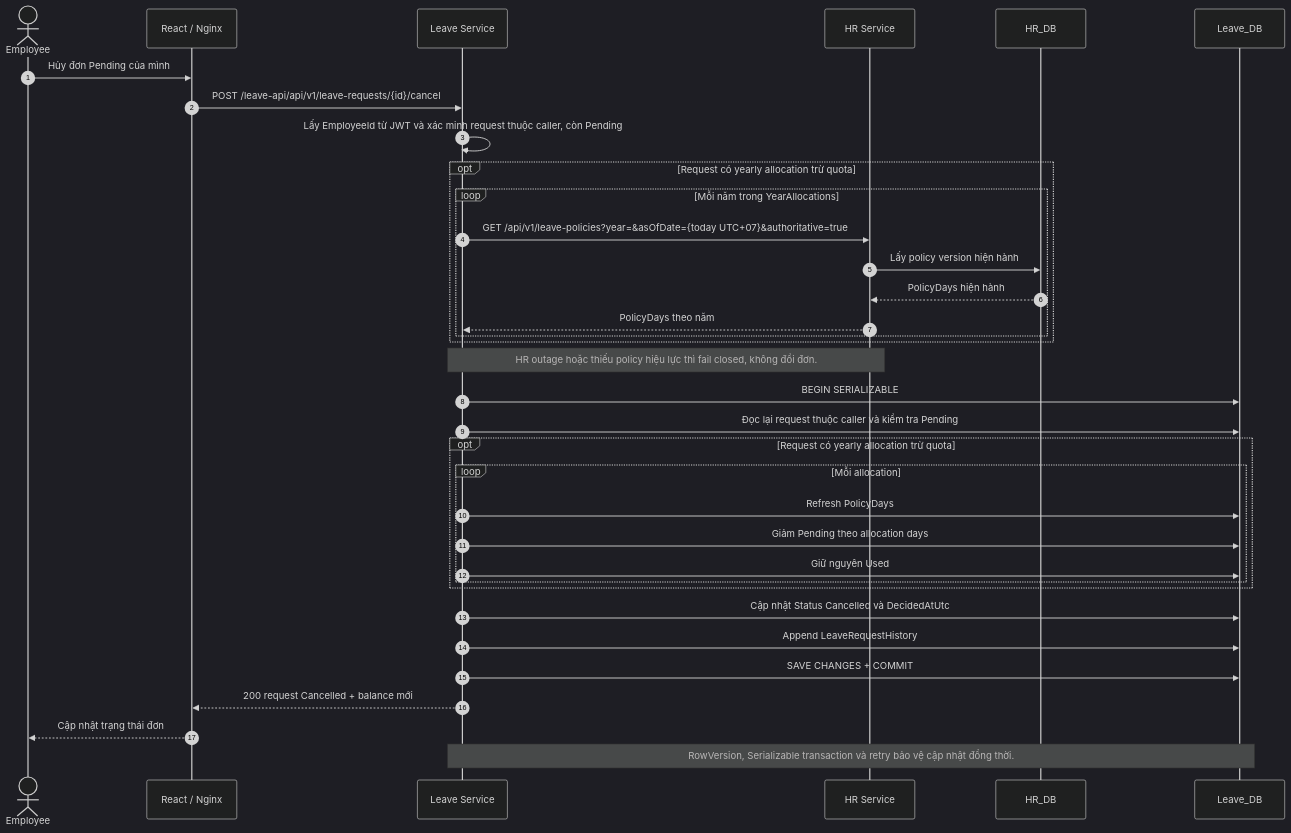
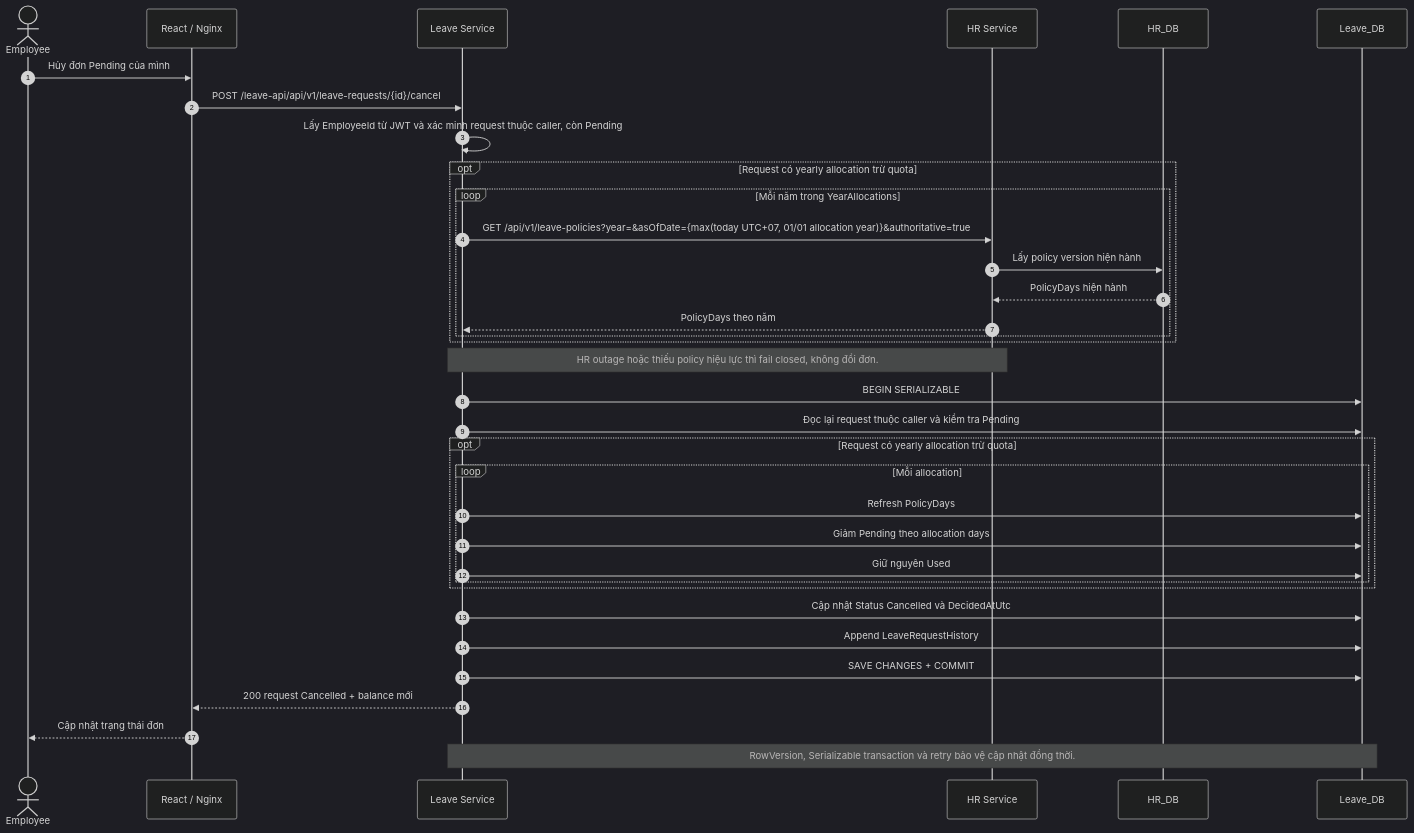
Before and after one commit to OlYVER1337/hr-leave-management: the diagram in docs/architecture/diagrams/mermaid/seq-cancel-leave.mmd, drawn with Mermaid (dark theme).

Commit message:
Làm rõ mốc ngày chọn policy version trong sequence

```diff
--- a/docs/architecture/diagrams/mermaid/seq-cancel-leave.mmd
+++ b/docs/architecture/diagrams/mermaid/seq-cancel-leave.mmd
@@ -1,37 +1,37 @@
 sequenceDiagram
   autonumber
   actor E as Employee
   participant W as React / Nginx
   participant LV as Leave Service
   participant HR as HR Service
   participant HDB as HR_DB
   participant LDB as Leave_DB
 
   E->>W: Hủy đơn Pending của mình
   W->>LV: POST /leave-api/api/v1/leave-requests/{id}/cancel
   LV->>LV: Lấy EmployeeId từ JWT và xác minh request thuộc caller, còn Pending
   opt Request có yearly allocation trừ quota
     loop Mỗi năm trong YearAllocations
-      LV->>HR: GET /api/v1/leave-policies?year=&asOfDate={today UTC+07}&authoritative=true
+      LV->>HR: GET /api/v1/leave-policies?year=&asOfDate={max(today UTC+07, 01/01 allocation year)}&authoritative=true
       HR->>HDB: Lấy policy version hiện hành
       HDB-->>HR: PolicyDays hiện hành
       HR-->>LV: PolicyDays theo năm
     end
   end
   Note over LV,HR: HR outage hoặc thiếu policy hiệu lực thì fail closed, không đổi đơn.
   LV->>LDB: BEGIN SERIALIZABLE
   LV->>LDB: Đọc lại request thuộc caller và kiểm tra Pending
   opt Request có yearly allocation trừ quota
     loop Mỗi allocation
       LV->>LDB: Refresh PolicyDays
       LV->>LDB: Giảm Pending theo allocation days
       LV->>LDB: Giữ nguyên Used
     end
   end
   LV->>LDB: Cập nhật Status Cancelled và DecidedAtUtc
   LV->>LDB: Append LeaveRequestHistory
   LV->>LDB: SAVE CHANGES + COMMIT
   LV-->>W: 200 request Cancelled + balance mới
   W-->>E: Cập nhật trạng thái đơn
 
   Note over LV,LDB: RowVersion, Serializable transaction và retry bảo vệ cập nhật đồng thời.
```
